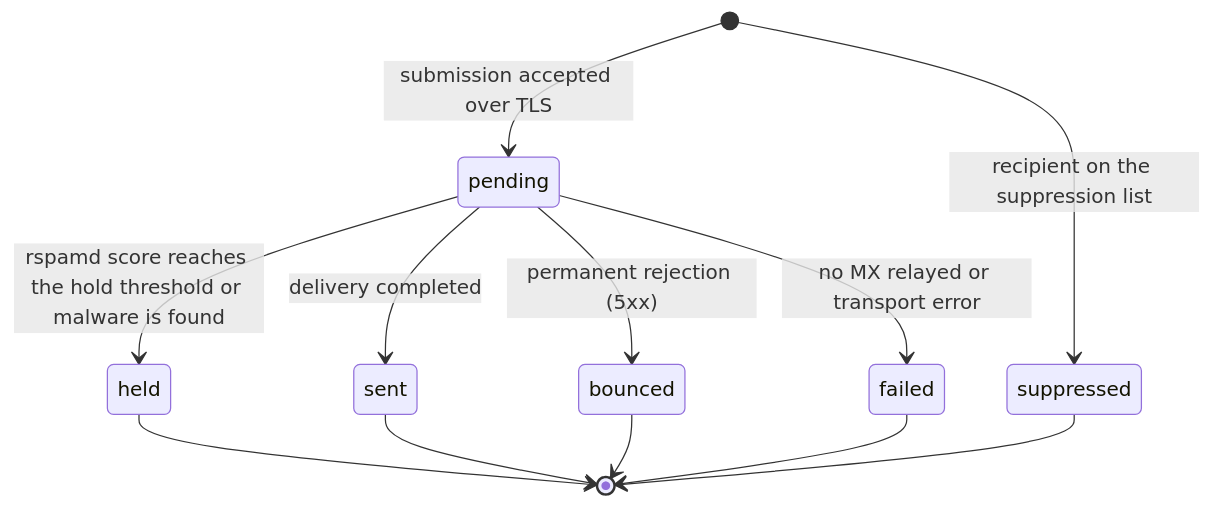
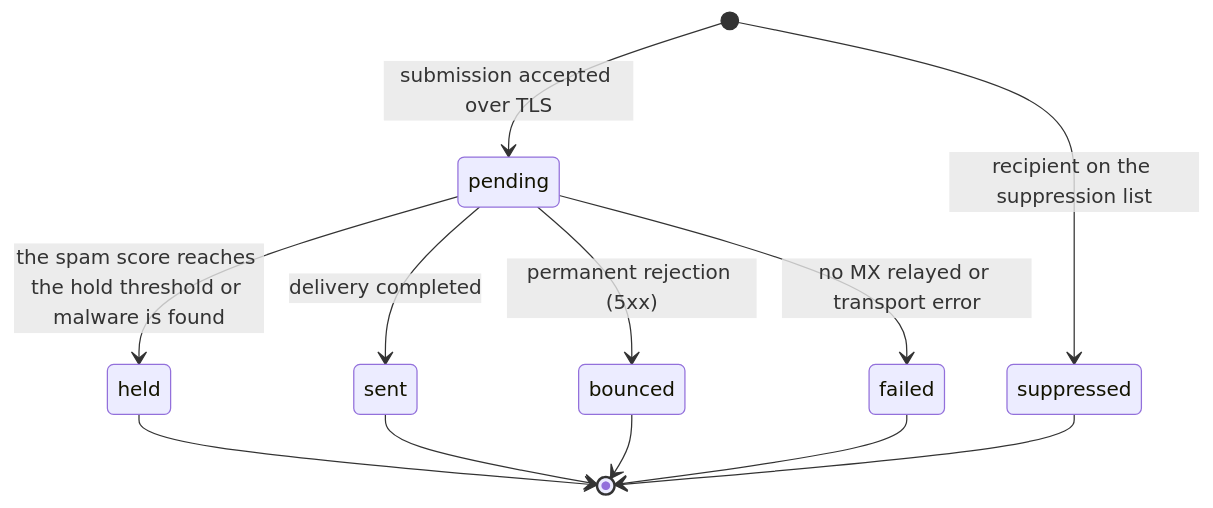
Before and after one commit to codingjoe/relay: the first of 2 diagrams in docs/docs/message-statuses.md, drawn with Mermaid. The commit also changed other lines of this file and 6 other files, not shown here.

````diff
--- a/docs/docs/message-statuses.md
+++ b/docs/docs/message-statuses.md
@@ -22,16 +22,16 @@
 ```mermaid
 stateDiagram-v2
     [*] --> pending : submission accepted over TLS
     [*] --> suppressed : recipient on the suppression list
 
-    pending --> held : rspamd score reaches the hold threshold or malware is found
+    pending --> held : the spam score reaches the hold threshold or malware is found
     pending --> sent : delivery completed
     pending --> bounced : permanent rejection (5xx)
     pending --> failed : no MX relayed or transport error
 
     held --> [*]
     sent --> [*]
     bounced --> [*]
     failed --> [*]
     suppressed --> [*]
 ```
````
